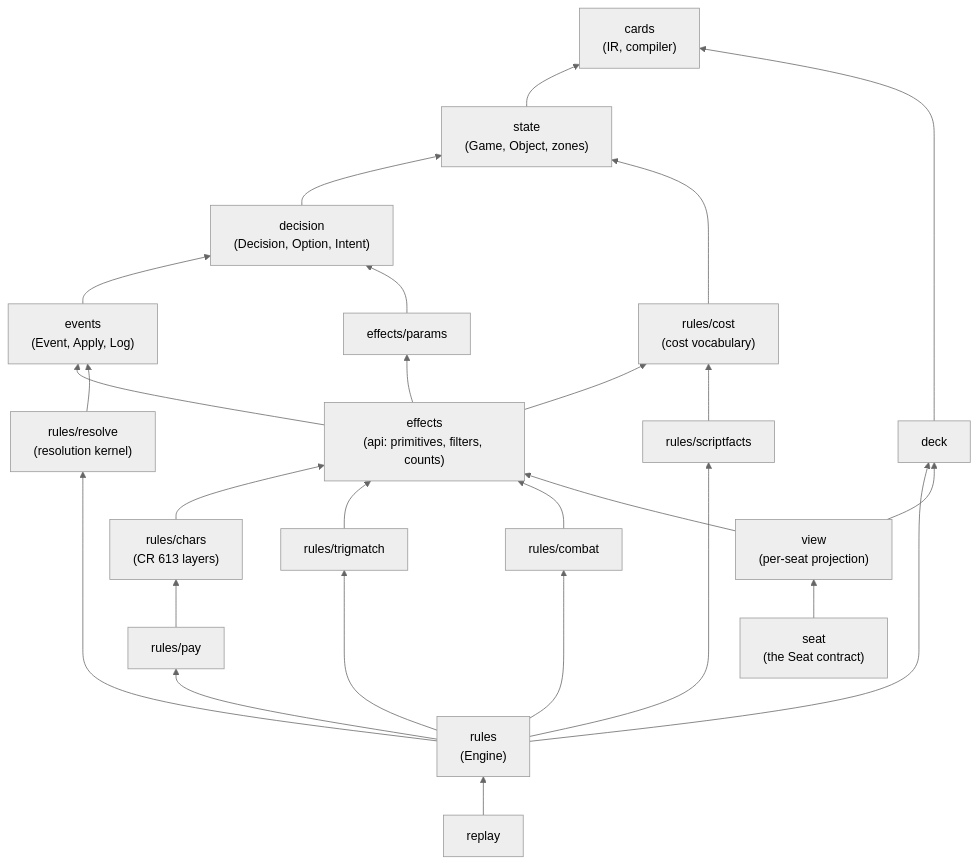
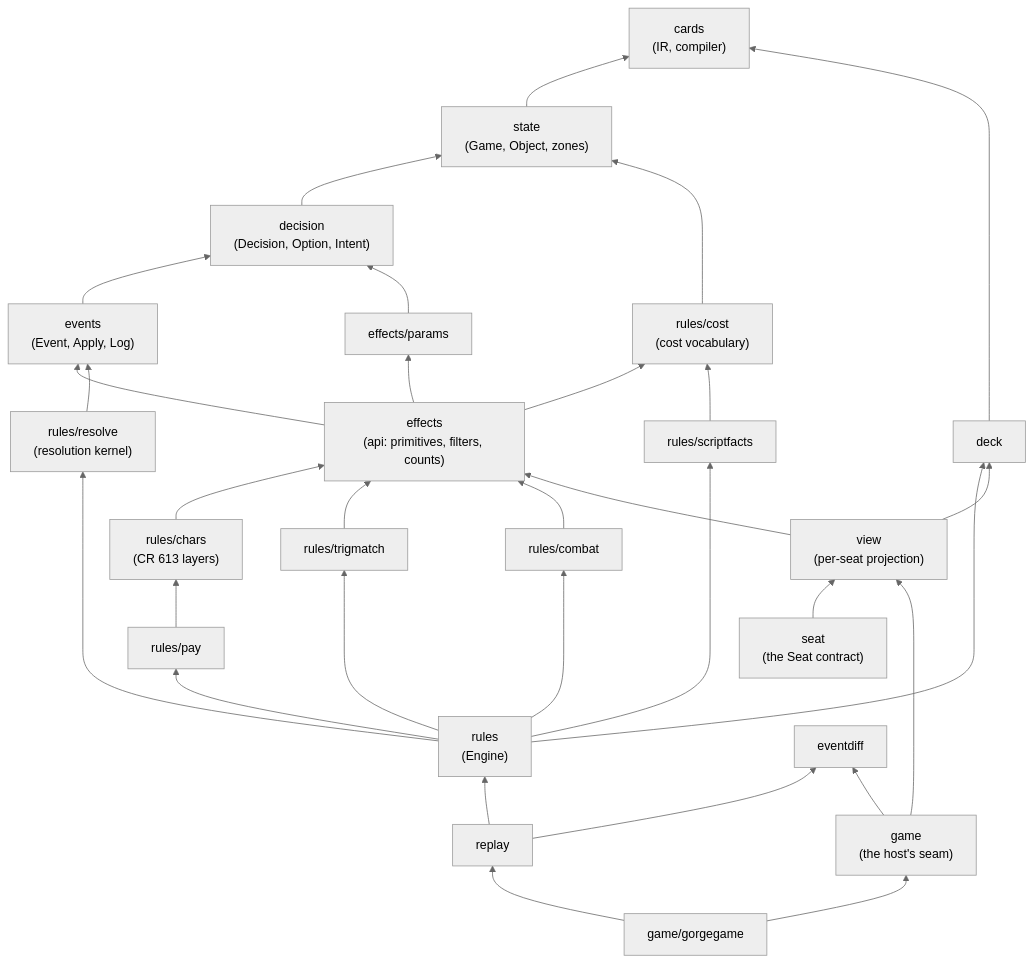
The first of 2 diagrams in docs/site/architecture/index.md (adams-shaun/gorge), drawn with Mermaid (neutral theme) before and after one commit. The commit also changed other lines of this file and 12 other files, not shown here.

Commit message:
docs(architecture): the pages describe the engine seam and the current mechanisms; drop the cleanup roadmap

````diff
--- a/docs/site/architecture/index.md
+++ b/docs/site/architecture/index.md
@@ -154,29 +167,34 @@
 ```mermaid
 flowchart BT
   cards["cards<br/>(IR, compiler)"]
   state["state<br/>(Game, Object, zones)"] --> cards
   decision["decision<br/>(Decision, Option, Intent)"] --> state
   events["events<br/>(Event, Apply, Log)"] --> decision
   cost["rules/cost<br/>(cost vocabulary)"] --> state
   params["effects/params"] --> decision
   effects["effects<br/>(api: primitives, filters, counts)"] --> events
   effects --> cost
   effects --> params
   chars["rules/chars<br/>(CR 613 layers)"] --> effects
   trig["rules/trigmatch"] --> effects
   combat["rules/combat"] --> effects
   pay["rules/pay"] --> chars
   resolve["rules/resolve<br/>(resolution kernel)"] --> events
   scriptfacts["rules/scriptfacts"] --> cost
   deck["deck"] --> cards
   rules["rules<br/>(Engine)"] --> pay
   rules --> trig
   rules --> combat
   rules --> resolve
   rules --> scriptfacts
   rules --> deck
   view["view<br/>(per-seat projection)"] --> effects
   view --> deck
   seat["seat<br/>(the Seat contract)"] --> view
   replay["replay"] --> rules
+  replay --> eventdiff["eventdiff"]
+  game["game<br/>(the host's seam)"] --> eventdiff
+  game --> view
+  gorgegame["game/gorgegame"] --> game
+  gorgegame --> replay
 ```
````
